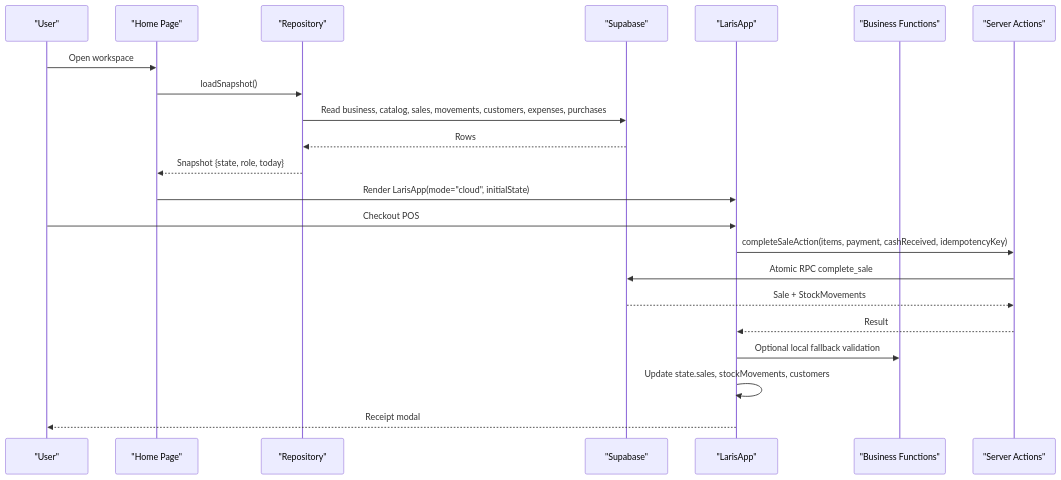
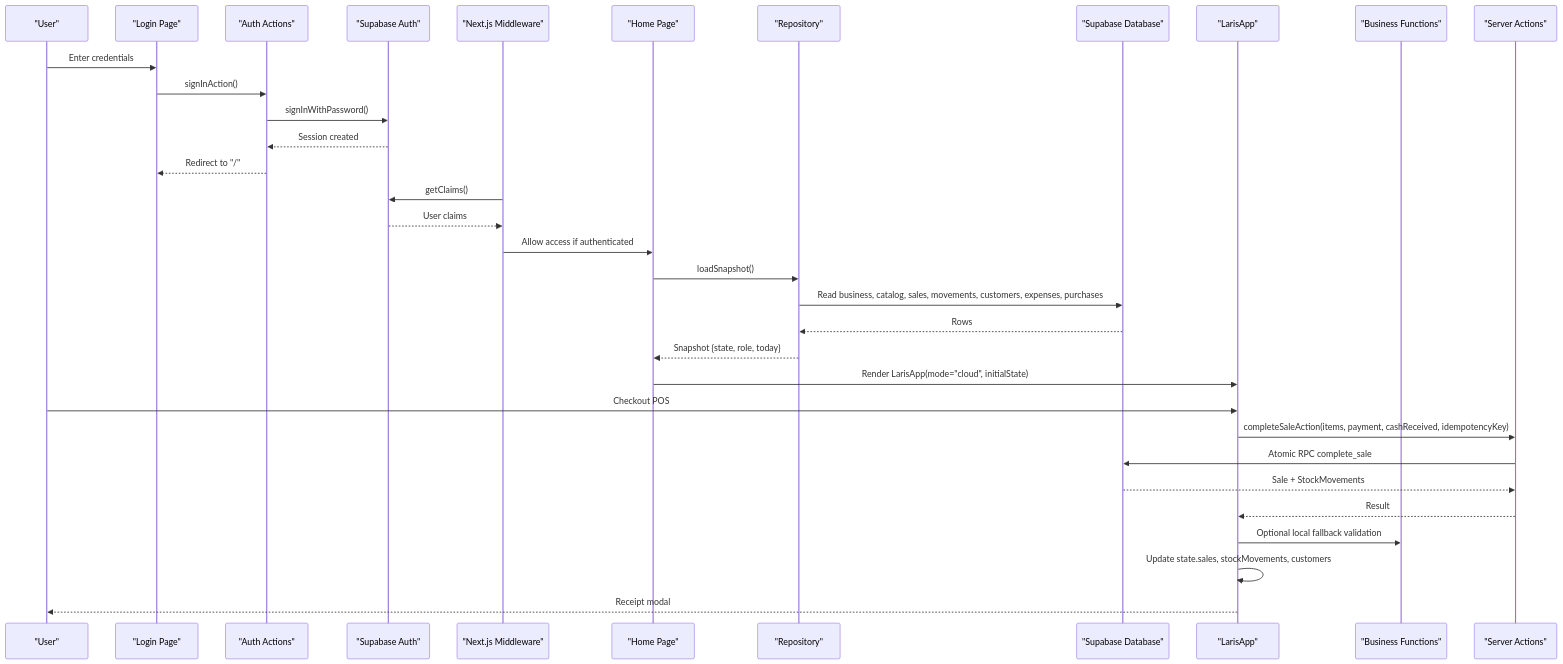
The second of 15 diagrams in .qoder/repowiki/en/content/Core Application/Core Application.md (aarz24/Laris_HackathonGTNIC2026), drawn with Mermaid before and after one commit. The commit also changed other lines of this file and 58 other files, not shown here.

````diff
--- a/.qoder/repowiki/en/content/Core Application/Core Application.md
+++ b/.qoder/repowiki/en/content/Core Application/Core Application.md
@@ -170,24 +209,35 @@
 ```mermaid
 sequenceDiagram
 participant User as "User"
+participant LoginPage as "Login Page"
+participant AuthActions as "Auth Actions"
+participant Supabase as "Supabase Auth"
+participant Middleware as "Next.js Middleware"
 participant Page as "Home Page"
 participant Repo as "Repository"
-participant DB as "Supabase"
+participant DB as "Supabase Database"
 participant App as "LarisApp"
 participant Domain as "Business Functions"
 participant Action as "Server Actions"
-User->>Page : Open workspace
+User->>LoginPage : Enter credentials
+LoginPage->>AuthActions : signInAction()
+AuthActions->>Supabase : signInWithPassword()
+Supabase-->>AuthActions : Session created
+AuthActions-->>LoginPage : Redirect to "/"
+Middleware->>Supabase : getClaims()
+Supabase-->>Middleware : User claims
+Middleware->>Page : Allow access if authenticated
 Page->>Repo : loadSnapshot()
 Repo->>DB : Read business, catalog, sales, movements, customers, expenses, purchases
 DB-->>Repo : Rows
 Repo-->>Page : Snapshot {state, role, today}
 Page->>App : Render LarisApp(mode="cloud", initialState)
 User->>App : Checkout POS
 App->>Action : completeSaleAction(items, payment, cashReceived, idempotencyKey)
 Action->>DB : Atomic RPC complete_sale
 DB-->>Action : Sale + StockMovements
 Action-->>App : Result
 App->>Domain : Optional local fallback validation
 App->>App : Update state.sales, stockMovements, customers
 App-->>User : Receipt modal
 ```
````
